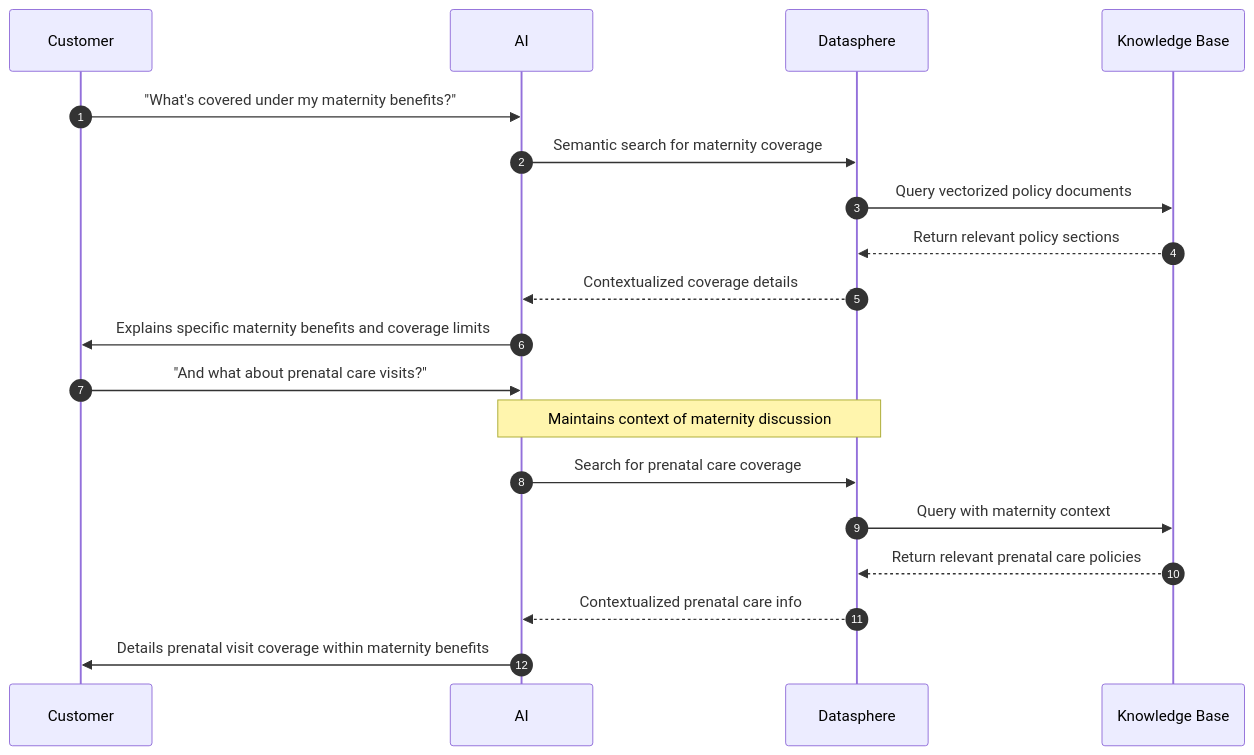
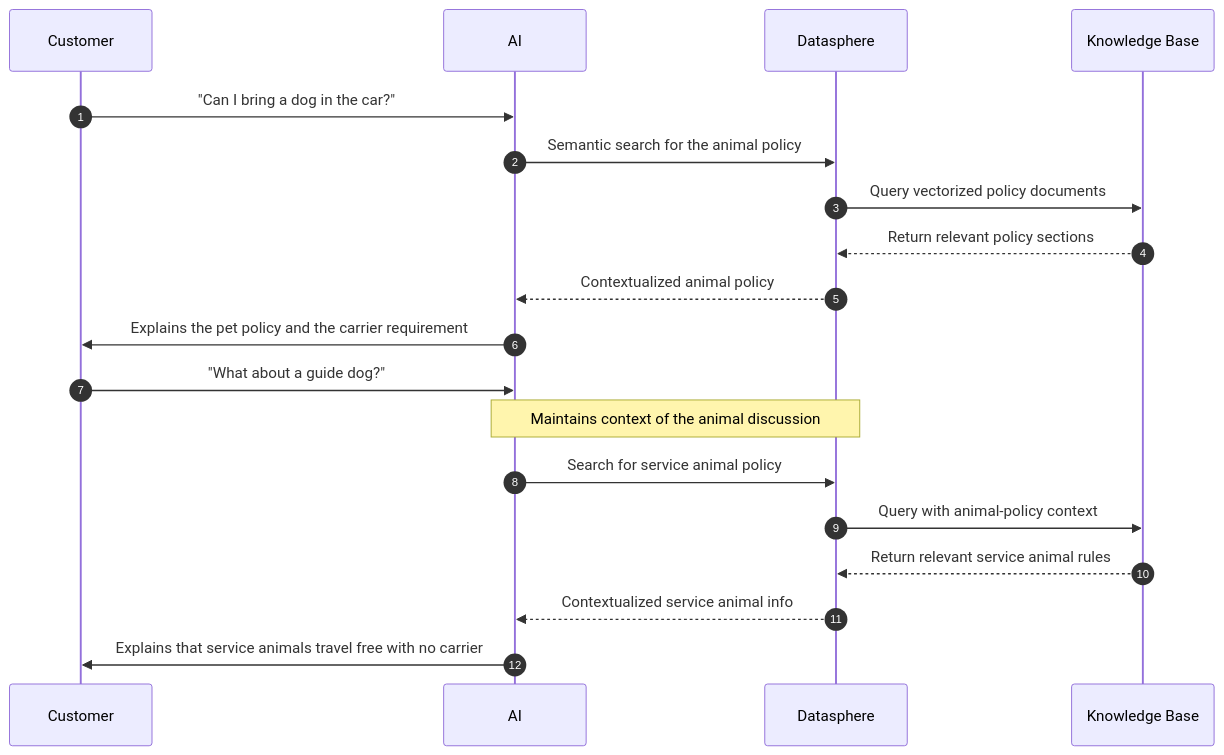
Before and after one commit to signalwire/docs: the ninth of 9 diagrams in fern/products/platform/pages/ai/get-started/capabilities/index.mdx, drawn with Mermaid. The commit also changed other lines of this file and 8 other files, not shown here.

````diff
--- a/fern/products/platform/pages/ai/get-started/capabilities/index.mdx
+++ b/fern/products/platform/pages/ai/get-started/capabilities/index.mdx
@@ -374,22 +383,22 @@
 ```mermaid
 sequenceDiagram
     autonumber
     participant Customer
     participant AI
     participant Datasphere
     participant KB as Knowledge Base
 
-    Customer->>AI: "What's covered under my maternity benefits?"
-    AI->>Datasphere: Semantic search for maternity coverage
+    Customer->>AI: "Can I bring a dog in the car?"
+    AI->>Datasphere: Semantic search for the animal policy
     Datasphere->>KB: Query vectorized policy documents
     KB-->>Datasphere: Return relevant policy sections
-    Datasphere-->>AI: Contextualized coverage details
-    AI->>Customer: Explains specific maternity benefits and coverage limits
-    Customer->>AI: "And what about prenatal care visits?"
-    Note over AI,Datasphere: Maintains context of maternity discussion
-    AI->>Datasphere: Search for prenatal care coverage
-    Datasphere->>KB: Query with maternity context
-    KB-->>Datasphere: Return relevant prenatal care policies
-    Datasphere-->>AI: Contextualized prenatal care info
-    AI->>Customer: Details prenatal visit coverage within maternity benefits
+    Datasphere-->>AI: Contextualized animal policy
+    AI->>Customer: Explains the pet policy and the carrier requirement
+    Customer->>AI: "What about a guide dog?"
+    Note over AI,Datasphere: Maintains context of the animal discussion
+    AI->>Datasphere: Search for service animal policy
+    Datasphere->>KB: Query with animal-policy context
+    KB-->>Datasphere: Return relevant service animal rules
+    Datasphere-->>AI: Contextualized service animal info
+    AI->>Customer: Explains that service animals travel free with no carrier
 ```
````
